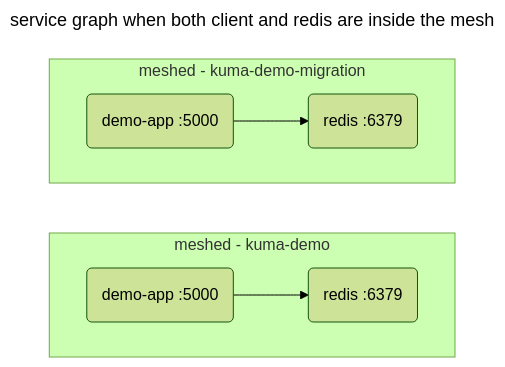
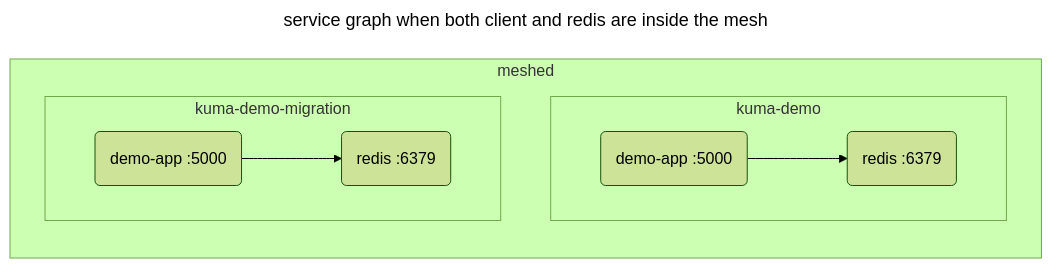
The third of 3 diagrams in app/_src/guides/progressively-rolling-in-strict-mtls.md (kumahq/kuma-website), drawn with Mermaid (forest theme) before and after one commit. The commit also changed other lines of this file, not shown here.

Commit message:
feat(meshtls): make meshed and unmeshed distinction more visible

```diff
--- a/app/_src/guides/progressively-rolling-in-strict-mtls.md
+++ b/app/_src/guides/progressively-rolling-in-strict-mtls.md
@@ -135,18 +144,20 @@
 {% mermaid %}
 ---
 title: service graph when both client and redis are inside the mesh
 ---
 flowchart LR
-    subgraph meshed - kuma-demo
-        direction LR
-        demo-app(demo-app :5000)
-        redis(redis :6379)
-        demo-app --> redis
-    end
-    subgraph meshed - kuma-demo-migration
-        direction LR
-        demo-app2(demo-app :5000)
-        redis2(redis :6379)
-        demo-app2 --> redis2
+    subgraph meshed
+        subgraph kuma-demo
+            direction LR
+            demo-app(demo-app :5000)
+            redis(redis :6379)
+            demo-app --> redis
+        end
+        subgraph kuma-demo-migration
+            direction LR
+            demo-app2(demo-app :5000)
+            redis2(redis :6379)
+            demo-app2 --> redis2
+        end
     end
 {% endmermaid %}
```
